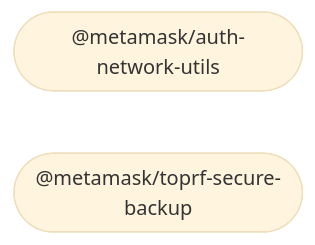
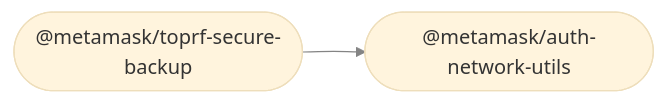
One commit to MetaMask/toprf-secure-backup changed the diagram in README.md. Above: the diagram before and after it, drawn with Mermaid (base theme). The commit also changed other lines of this file, not shown here.

````diff
--- a/README.md
+++ b/README.md
@@ -30,7 +36,8 @@
 ```mermaid
 %%{ init: { 'flowchart': { 'curve': 'bumpX' } } }%%
 graph LR;
 linkStyle default opacity:0.5
   auth_network_utils(["@metamask/auth-network-utils"]);
-  toprf_auth_sdk(["@metamask/toprf-secure-backup"]);
+  toprf_secure_backup(["@metamask/toprf-secure-backup"]);
+  toprf_secure_backup --> auth_network_utils;
 ```
````
